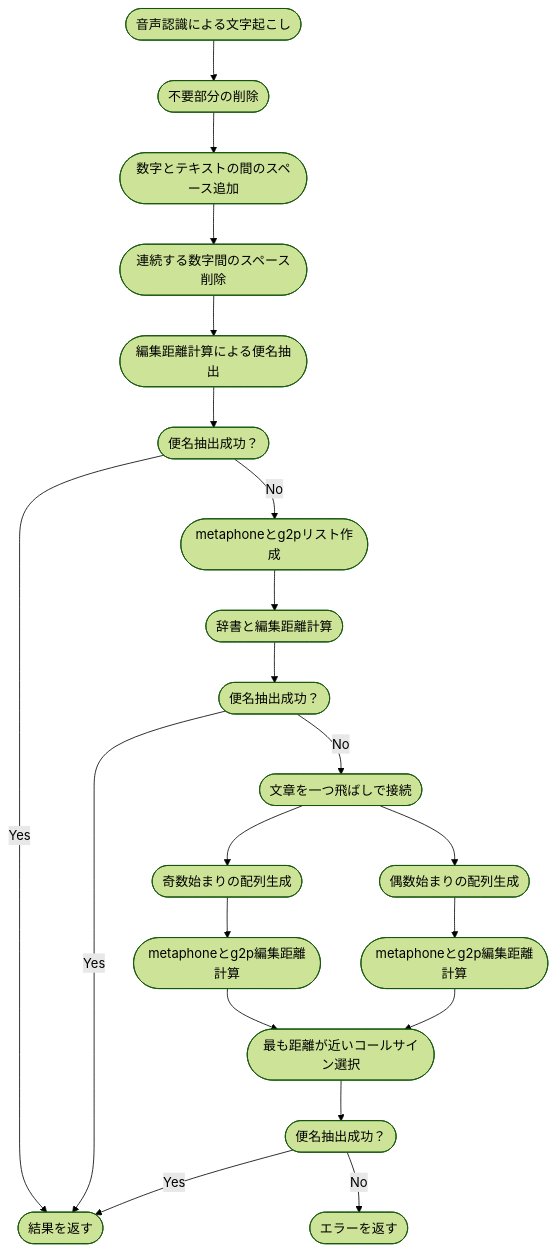
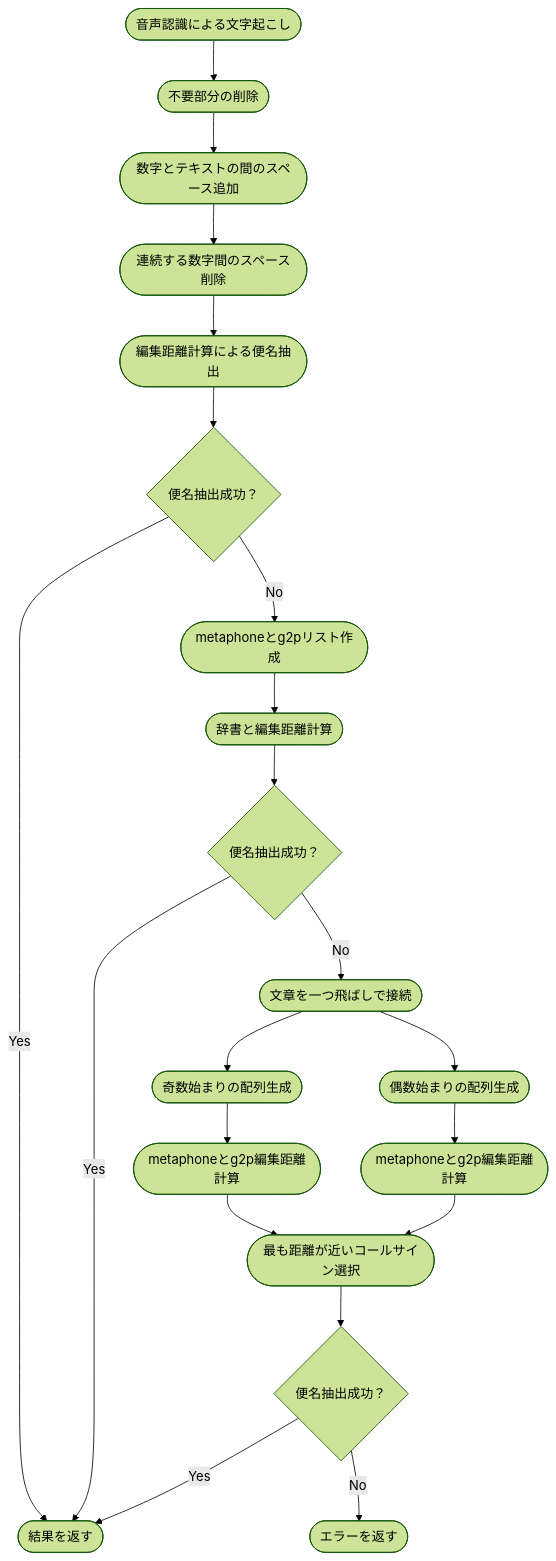
The first of 12 diagrams in README-jp.md (Futty93/Callsign-Extraction), drawn with Mermaid (forest theme) before and after one commit. The commit also changed other lines of this file and 2 other files, not shown here.

````diff
--- a/README-jp.md
+++ b/README-jp.md
@@ -86,23 +86,23 @@
 ```mermaid
 graph TB
     A([音声認識による文字起こし])-->B([不要部分の削除])
     B-->C([数字とテキストの間のスペース追加])
     C-->D([連続する数字間のスペース削除])
     D-->E([編集距離計算による便名抽出])
-    E-->F([便名抽出成功？])
+    E-->F{便名抽出成功？}
     F-->|Yes| M([結果を返す])
     F-->|No| G([metaphoneとg2pリスト作成])
     G-->H([辞書と編集距離計算])
-    H-->I([便名抽出成功？])
+    H-->I{便名抽出成功？}
     I-->|Yes| M([結果を返す])
     I-->|No| J([文章を一つ飛ばしで接続])
     J-->K([奇数始まりの配列生成])
     J-->L([偶数始まりの配列生成])
     K-->O([metaphoneとg2p編集距離計算])
     L-->P([metaphoneとg2p編集距離計算])
     O-->Q([最も距離が近いコールサイン選択])
     P-->Q
-    Q-->S([便名抽出成功？])
+    Q-->S{便名抽出成功？}
     S-->|Yes| M([結果を返す])
     S-->|No| U([エラーを返す])
 ```
````
